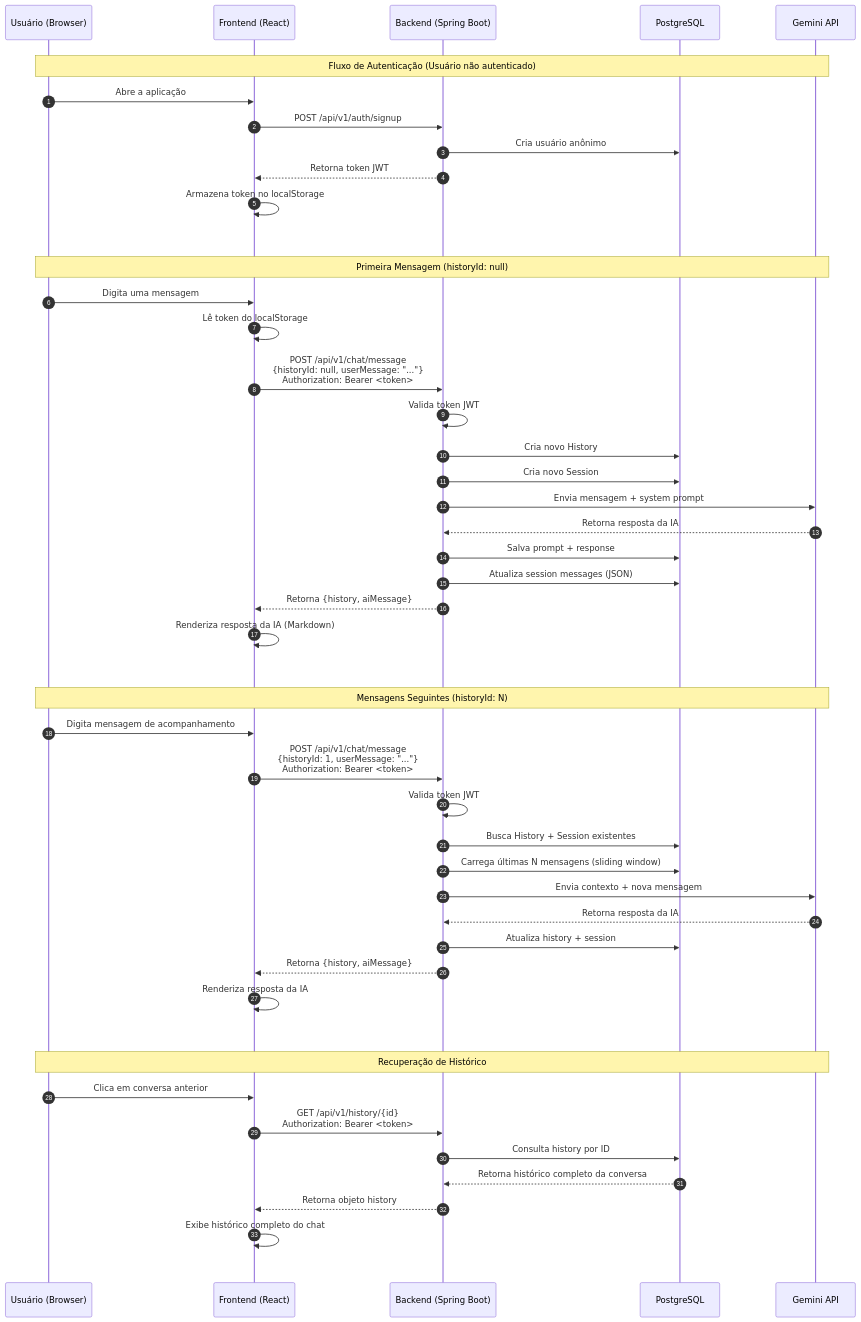
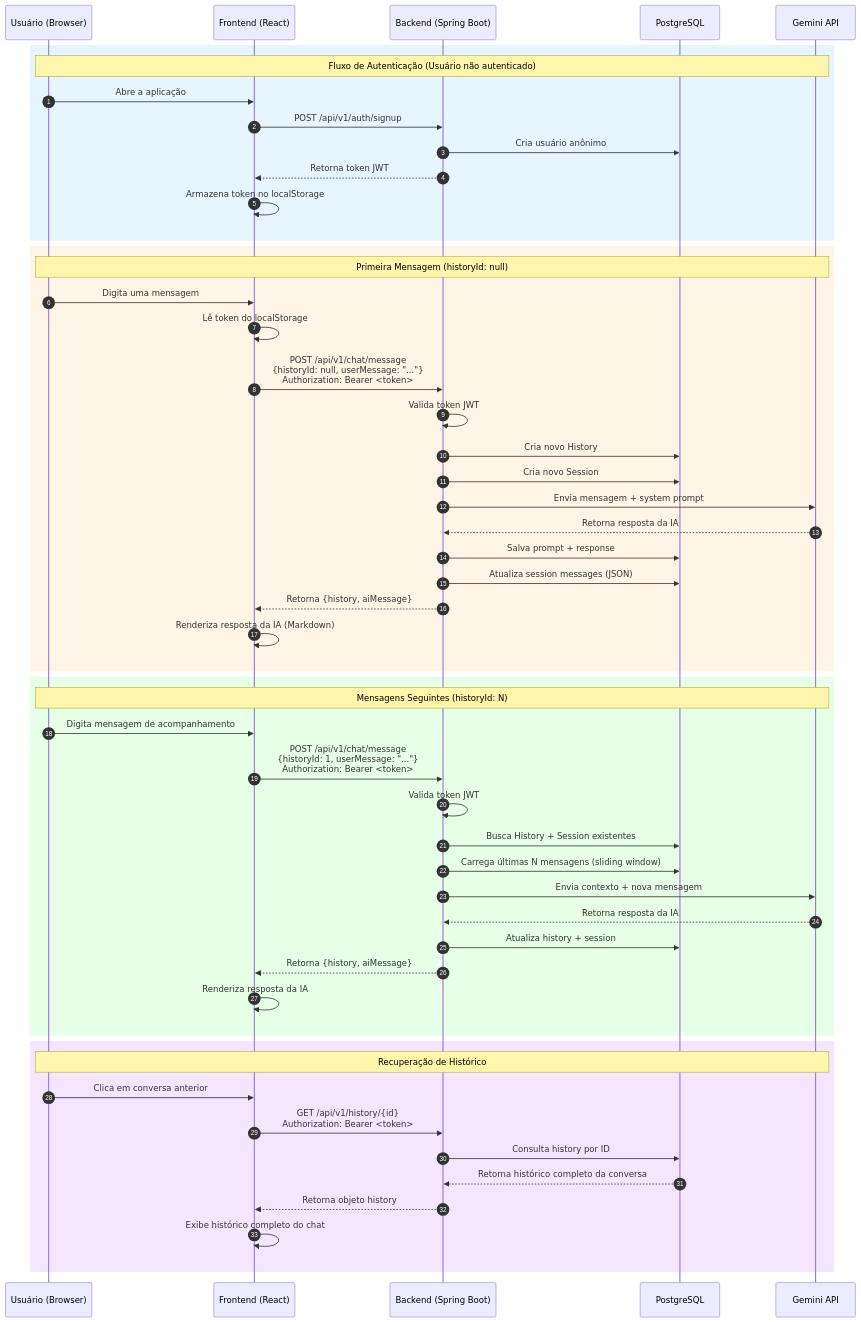
The second of 2 diagrams in README.md (lipedevcode/chatbot-llm), drawn with Mermaid before and after one commit.

````diff
--- a/README.md
+++ b/README.md
@@ -165,58 +165,58 @@
 ```mermaid
 sequenceDiagram
     autonumber
     participant U as Usuário (Browser)
     participant FE as Frontend (React)
     participant BE as Backend (Spring Boot)
     participant DB as PostgreSQL
     participant AI as Gemini API
 
-    rect rgb(255, 255, 255)
+     rect rgb(230, 245, 255)
         Note over U,AI: Fluxo de Autenticação (Usuário não autenticado)
         U->>FE: Abre a aplicação
         FE->>BE: POST /api/v1/auth/signup
         BE->>DB: Cria usuário anônimo
         BE-->>FE: Retorna token JWT
         FE->>FE: Armazena token no localStorage
     end
 
-    rect rgb(255, 255, 255)
+    rect rgb(255, 245, 230)
         Note over U,AI: Primeira Mensagem (historyId: null)
         U->>FE: Digita uma mensagem
         FE->>FE: Lê token do localStorage
         FE->>BE: POST /api/v1/chat/message<br/>{historyId: null, userMessage: "..."}<br/>Authorization: Bearer <token>
         BE->>BE: Valida token JWT
         BE->>DB: Cria novo History
         BE->>DB: Cria novo Session
         BE->>AI: Envia mensagem + system prompt
         AI-->>BE: Retorna resposta da IA
         BE->>DB: Salva prompt + response
         BE->>DB: Atualiza session messages (JSON)
         BE-->>FE: Retorna {history, aiMessage}
         FE->>FE: Renderiza resposta da IA (Markdown)
     end
 
-    rect rgb(255, 255, 255)
+    rect rgb(230, 255, 230)
         Note over U,AI: Mensagens Seguintes (historyId: N)
         U->>FE: Digita mensagem de acompanhamento
         FE->>BE: POST /api/v1/chat/message<br/>{historyId: 1, userMessage: "..."}<br/>Authorization: Bearer <token>
         BE->>BE: Valida token JWT
         BE->>DB: Busca History + Session existentes
         BE->>DB: Carrega últimas N mensagens (sliding window)
         BE->>AI: Envia contexto + nova mensagem
         AI-->>BE: Retorna resposta da IA
         BE->>DB: Atualiza history + session
         BE-->>FE: Retorna {history, aiMessage}
         FE->>FE: Renderiza resposta da IA
     end
 
-    rect rgb(255, 255, 255)
+    rect rgb(245, 230, 255)
         Note over U,AI: Recuperação de Histórico
         U->>FE: Clica em conversa anterior
         FE->>BE: GET /api/v1/history/{id}<br/>Authorization: Bearer <token>
         BE->>DB: Consulta history por ID
         DB-->>BE: Retorna histórico completo da conversa
         BE-->>FE: Retorna objeto history
         FE->>FE: Exibe histórico completo do chat
     end
 ```
````
